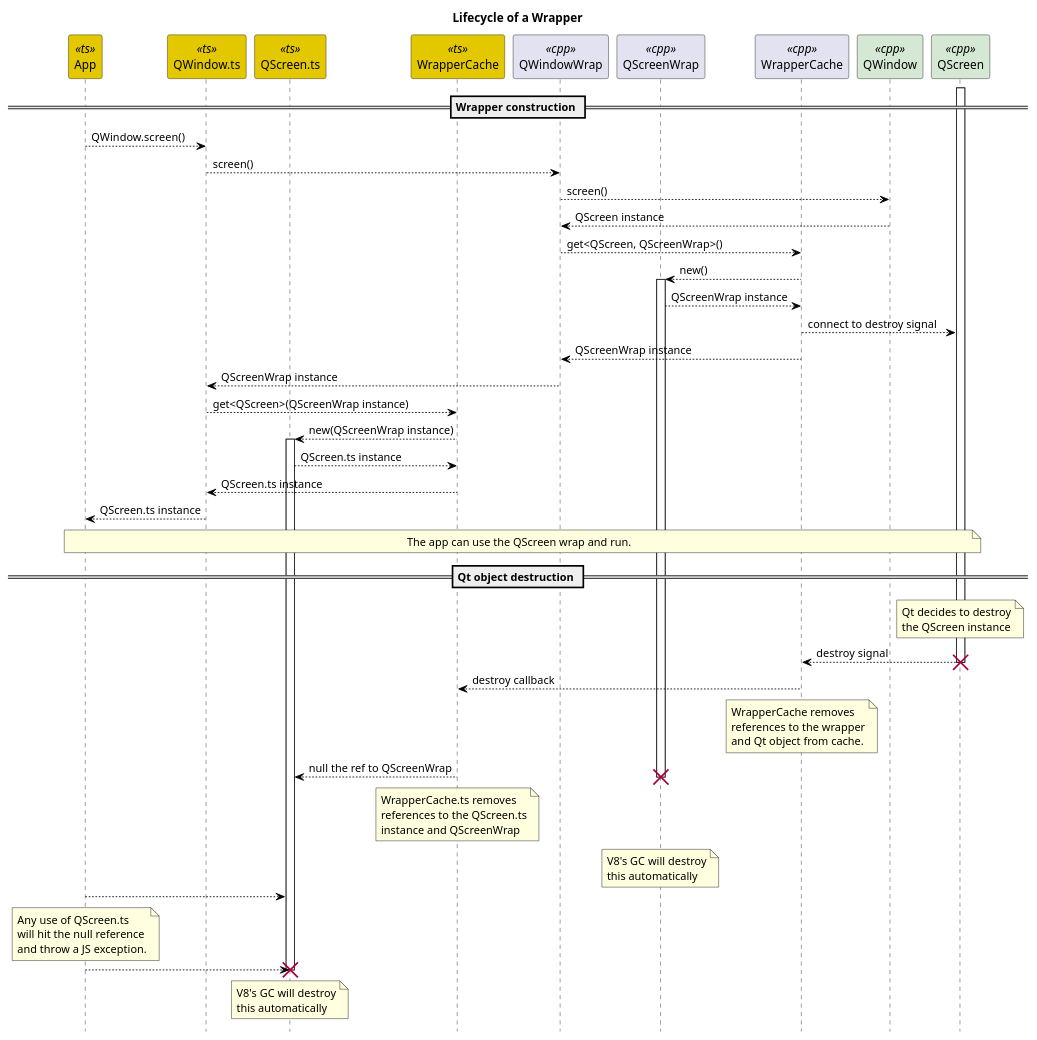
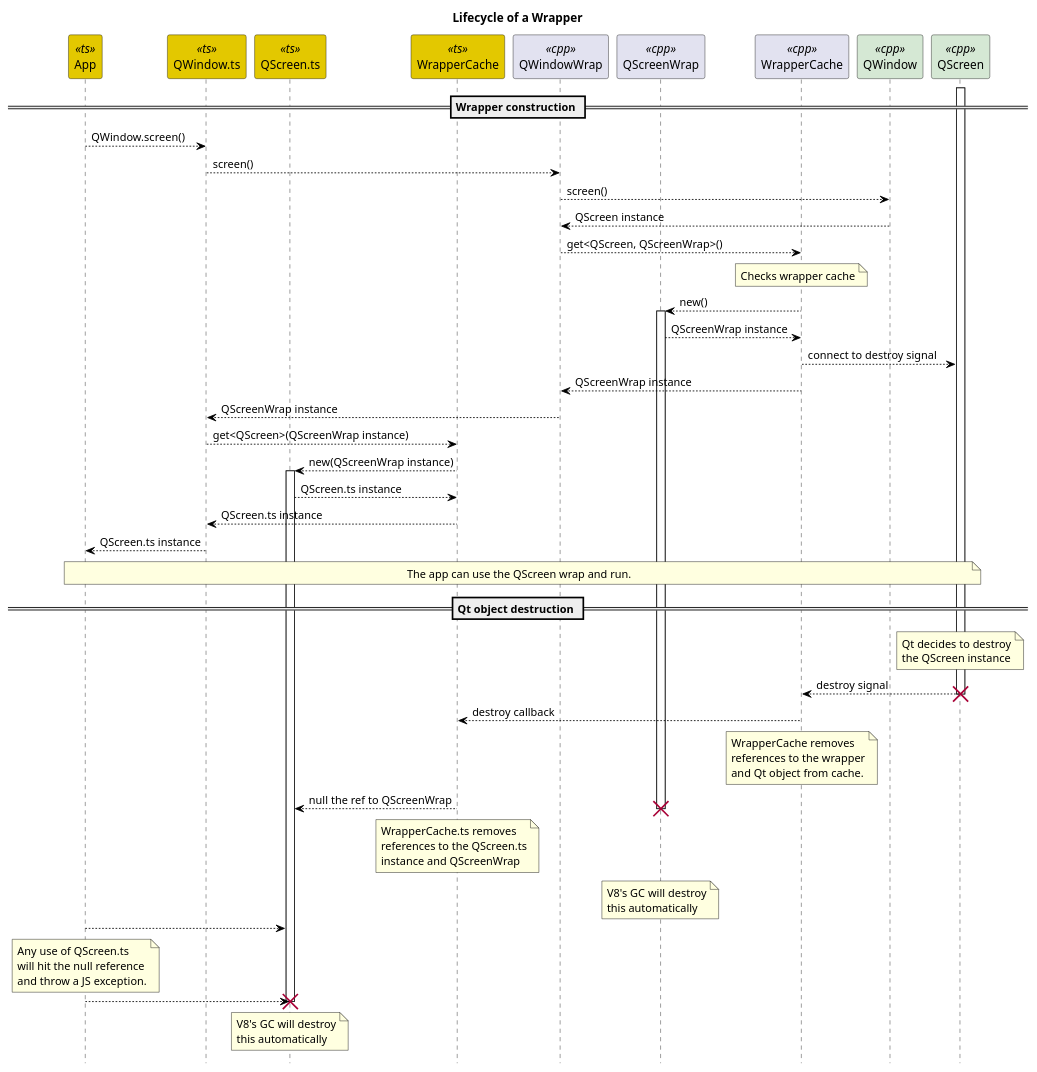
One commit to nodegui/nodegui changed the diagram in website/docs/development/wrapper_keep_alive_seq.puml. Above: the diagram before and after it, drawn with PlantUML. The commit also changed 4 other files, not shown here.

```diff
--- a/website/docs/development/wrapper_keep_alive_seq.puml
+++ b/website/docs/development/wrapper_keep_alive_seq.puml
@@ -1,94 +1,97 @@
 @startuml
 
 skinparam object {
   backgroundColor White
   borderColor Black
   arrowColor Black
 }
 
 skinparam note {
   backgroundColor LightYellow
   borderColor Black
 }
 
 hide footbox
 
 title Lifecycle of a Wrapper
 
 participant App as app << ts >> #E3C800
 participant "QWindow.ts" as qwindowts << ts>> #E3C800
 participant "QScreen.ts" as qscreents << ts>> #E3C800
 participant "WrapperCache" as wrappercachets << ts>> #E3C800
 participant "QWindowWrap" as qwindowwrap << cpp >>
 participant "QScreenWrap" as qscreenwrap << cpp >>
 participant "WrapperCache" as wrappercachecpp << cpp >>
 participant "QWindow" as qwindow << cpp >> #D5E8D4
 participant "QScreen" as qscreen << cpp >> #D5E8D4
 
 
 == Wrapper construction ==
 
 activate qscreen
 app --> qwindowts: QWindow.screen()
 qwindowts --> qwindowwrap: screen()
 qwindowwrap --> qwindow: screen()
 qwindow --> qwindowwrap: QScreen instance
 qwindowwrap --> wrappercachecpp: get<QScreen, QScreenWrap>()
+note over wrappercachecpp
+  Checks wrapper cache
+end note
 wrappercachecpp --> qscreenwrap: new()
 activate qscreenwrap
 qscreenwrap --> wrappercachecpp: QScreenWrap instance
 wrappercachecpp --> qscreen: connect to destroy signal
 wrappercachecpp --> qwindowwrap: QScreenWrap instance
 qwindowwrap --> qwindowts: QScreenWrap instance
 qwindowts --> wrappercachets: get<QScreen>(QScreenWrap instance)
 wrappercachets --> qscreents: new(QScreenWrap instance)
 activate qscreents
 qscreents --> wrappercachets: QScreen.ts instance
 wrappercachets --> qwindowts: QScreen.ts instance
 qwindowts --> app: QScreen.ts instance
 
 note across: The app can use the QScreen wrap and run.
 
 == Qt object destruction ==
 note over qscreen
   Qt decides to destroy
   the QScreen instance
 end note
 qscreen --> wrappercachecpp: destroy signal
 destroy qscreen
 wrappercachecpp --> wrappercachets: destroy callback
 
 note over wrappercachecpp
   WrapperCache removes
   references to the wrapper
   and Qt object from cache.
 end note
 
 wrappercachets --> qscreents: null the ref to QScreenWrap
 note over wrappercachets
   WrapperCache.ts removes
   references to the QScreen.ts
   instance and QScreenWrap
 end note
 
 destroy qscreenwrap
 note over qscreenwrap
   V8's GC will destroy
   this automatically
 end note
 
 app --> qscreents
 note over app
   Any use of QScreen.ts
   will hit the null reference
   and throw a JS exception.
 end note
 app --> qscreents
 
 destroy qscreents
 note over qscreents
   V8's GC will destroy
   this automatically
 end note
 
 @enduml
```
